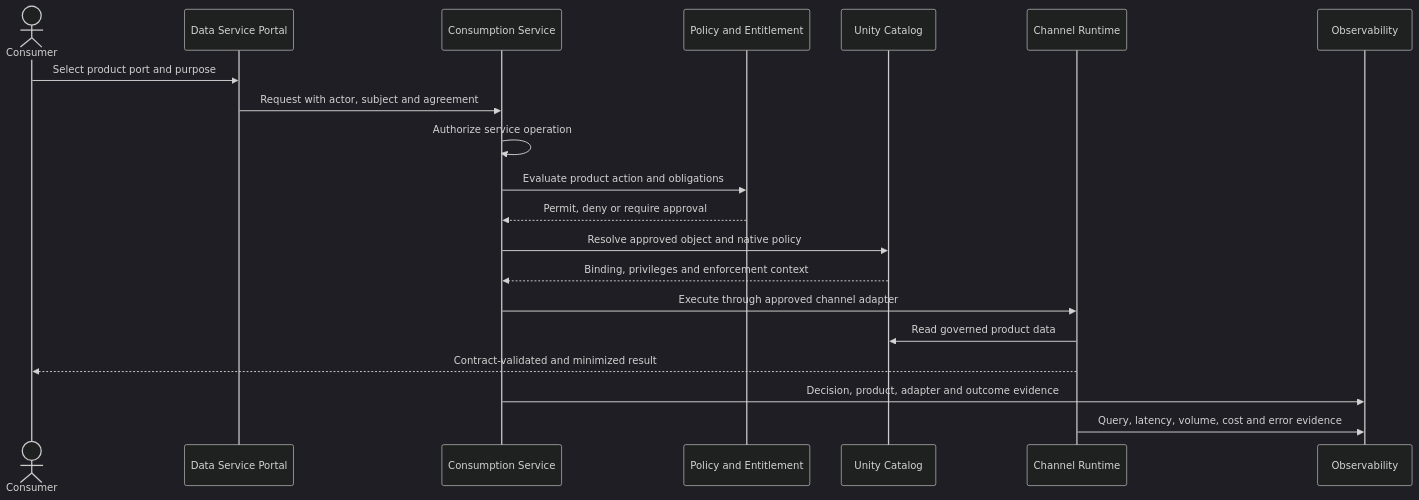
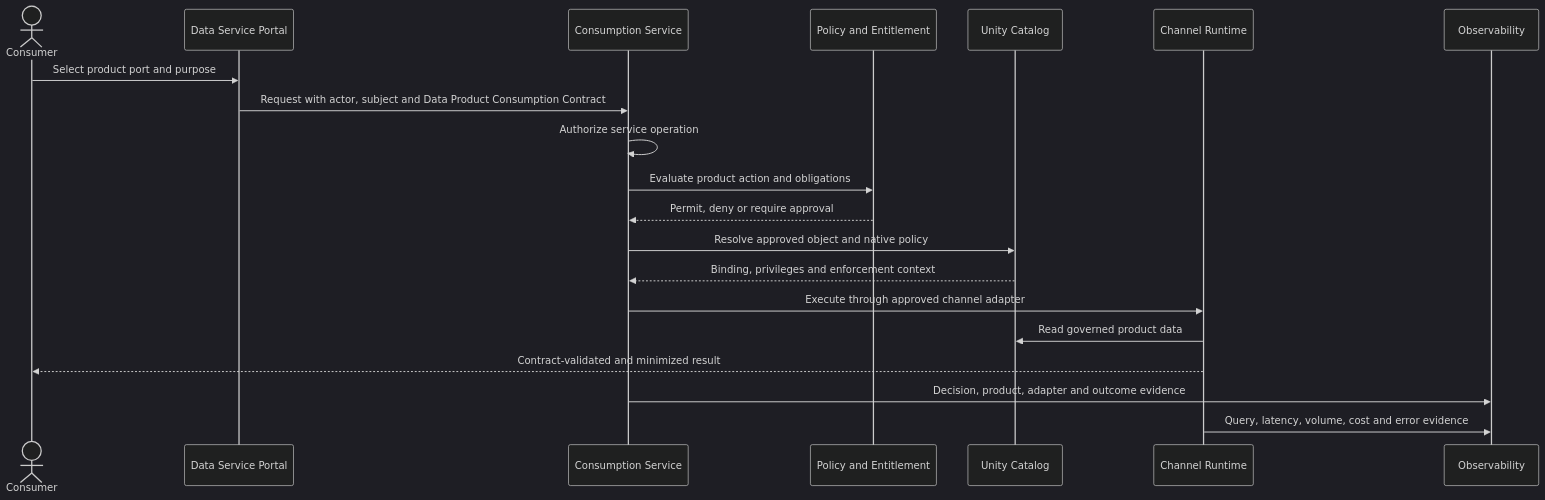
One commit to cong78/data-foundation-architecture changed the second of 2 diagrams in docs/architecture/data-consumption-design.md. Above: the diagram before and after it, drawn with Mermaid (dark theme). The commit also changed other lines of this file and 47 other files, not shown here.

````diff
--- a/docs/architecture/data-consumption-design.md
+++ b/docs/architecture/data-consumption-design.md
@@ -79,23 +79,23 @@
 ```mermaid
 sequenceDiagram
     actor Consumer
     participant Portal as Data Service Portal
     participant Access as Consumption Service
     participant Policy as Policy and Entitlement
     participant UC as Unity Catalog
     participant Runtime as Channel Runtime
     participant Observe as Observability
 
     Consumer->>Portal: Select product port and purpose
-    Portal->>Access: Request with actor, subject and agreement
+    Portal->>Access: Request with actor, subject and Data Product Consumption Contract
     Access->>Access: Authorize service operation
     Access->>Policy: Evaluate product action and obligations
     Policy-->>Access: Permit, deny or require approval
     Access->>UC: Resolve approved object and native policy
     UC-->>Access: Binding, privileges and enforcement context
     Access->>Runtime: Execute through approved channel adapter
     Runtime->>UC: Read governed product data
     Runtime-->>Consumer: Contract-validated and minimized result
     Access->>Observe: Decision, product, adapter and outcome evidence
     Runtime->>Observe: Query, latency, volume, cost and error evidence
 ```
````
